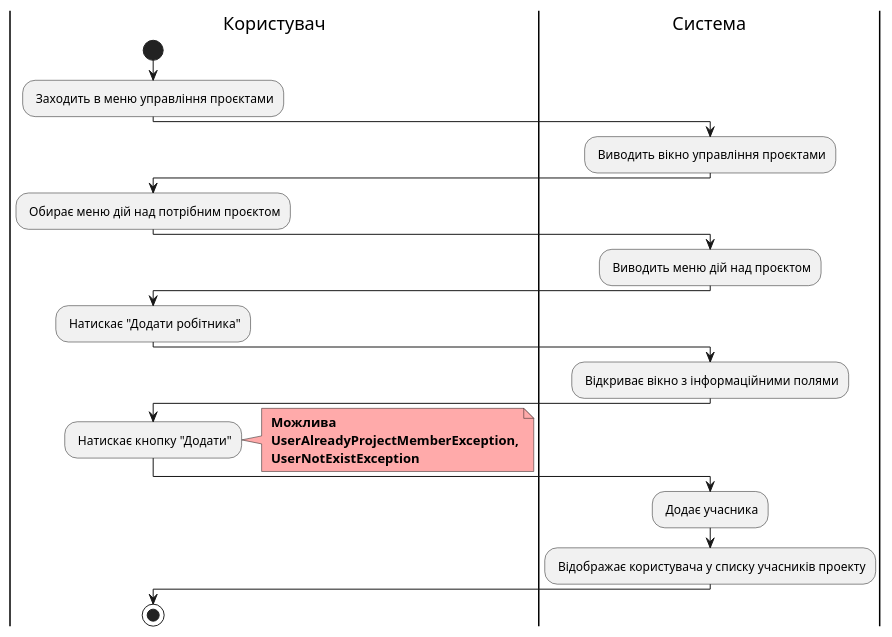
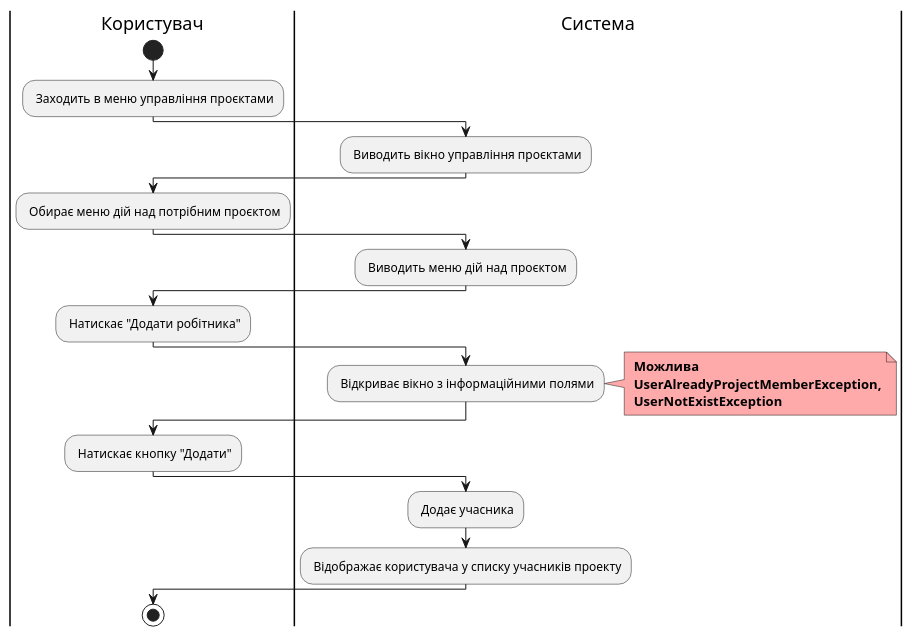
One commit to witchkaa/databases-course-work changed diagram 17 of 23 in docs/use cases/README.md. Above: the diagram before and after it, drawn with PlantUML. The commit also changed other lines of this file, not shown here.

```diff
--- a/docs/use cases/README.md
+++ b/docs/use cases/README.md
@@ -665,36 +665,36 @@
 @startuml
 
     |Користувач|
     start;
     : Заходить в меню управління проєктами;
 
     |Система|
         : Виводить вікно управління проєктами;
 
     |Користувач|
     : Обирає меню дій над потрібним проєктом;
     
     |Система|
     : Виводить меню дій над проєктом;
 
     |Користувач|
     : Натискає "Додати робітника";
 
     |Система|
     : Відкриває вікно з інформаційними полями;
-
-    |Користувач|
-    : Натискає кнопку "Додати";
     note right #ffaaaa
     <b> Можлива
     <b> UserAlreadyProjectMemberException,
     <b> UserNotExistException
     end note
+
+    |Користувач|
+    : Натискає кнопку "Додати";
 
     |Система|
     : Додає учасника;
     : Відображає користувача у списку учасників проекту;
 
     |Користувач|
         stop;
 @enduml
```
